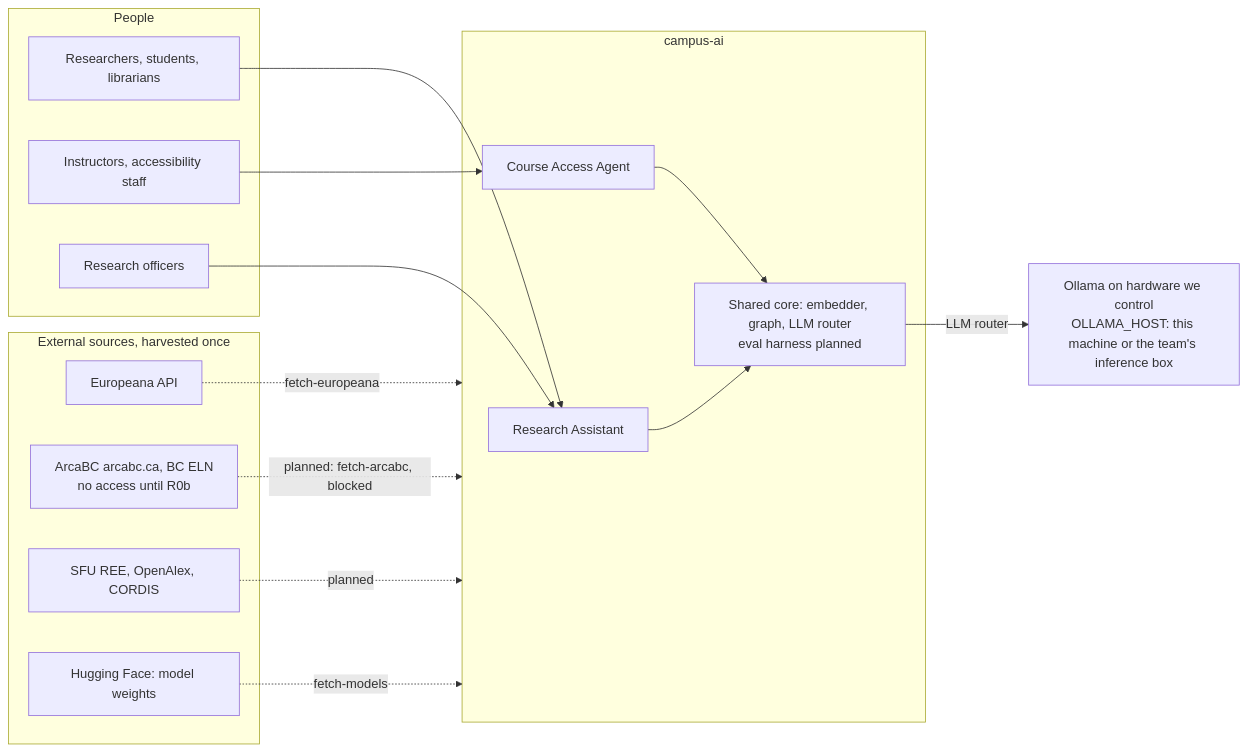
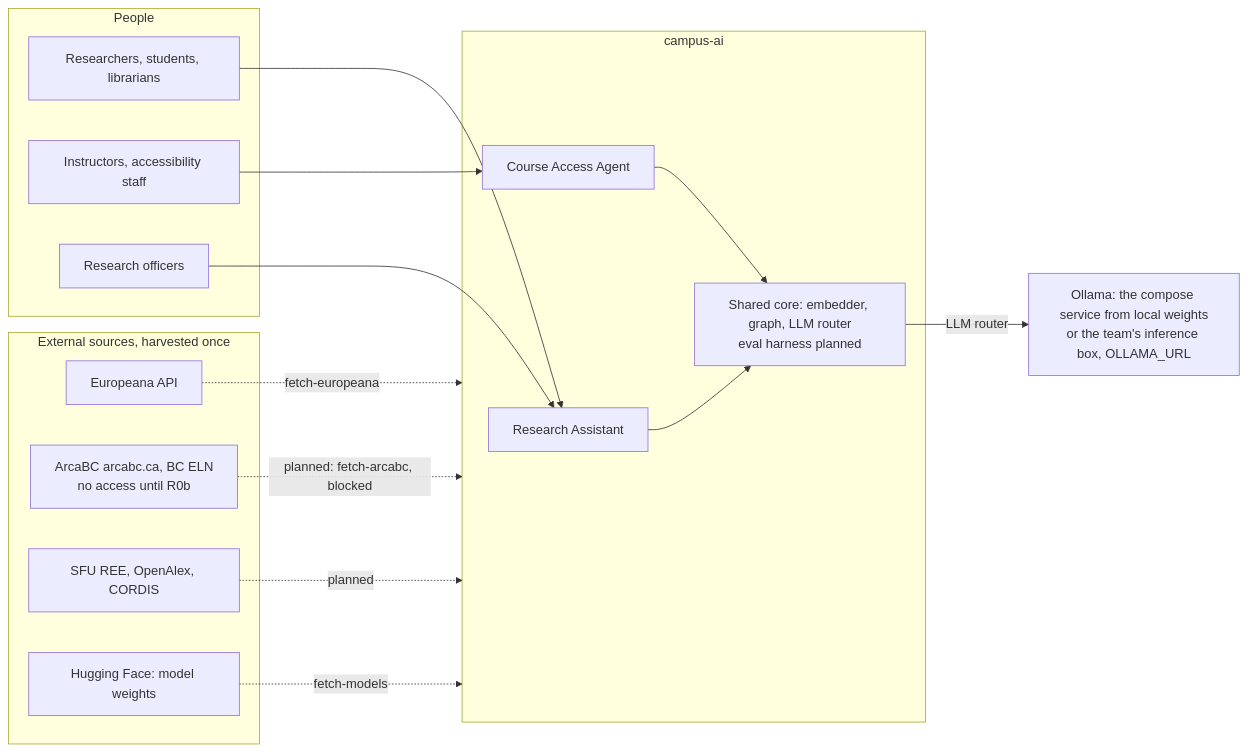
The first of 7 diagrams in docs/architecture.md (teamworxAI/campus-ai), drawn with Mermaid before and after one commit. The commit also changed other lines of this file and 12 other files, not shown here.

First line of the commit message:
Add an offline Ollama service to compose for the LLM router (P9)

````diff
--- a/docs/architecture.md
+++ b/docs/architecture.md
@@ -25,30 +25,30 @@
 ```mermaid
 flowchart LR
     subgraph users[People]
         R[Researchers, students, librarians]
         I[Instructors, accessibility staff]
         O[Research officers]
     end
     subgraph campus[campus-ai]
         RA[Research Assistant]
         CA[Course Access Agent]
         CORE[Shared core: embedder, graph, LLM router<br/>eval harness planned]
     end
-    OLL[Ollama on hardware we control<br/>OLLAMA_HOST: this machine or the team's inference box]
+    OLL[Ollama: the compose service from local weights<br/>or the team's inference box, OLLAMA_URL]
     subgraph sources[External sources, harvested once]
         EU[Europeana API]
         ARCA[ArcaBC arcabc.ca, BC ELN<br/>no access until R0b]
         REE[SFU REE, OpenAlex, CORDIS]
         HF[Hugging Face: model weights]
     end
     R --> RA
     O --> RA
     I --> CA
     RA --> CORE
     CA --> CORE
     CORE -- LLM router --> OLL
     EU -. fetch-europeana .-> campus
     HF -. fetch-models .-> campus
     ARCA -. planned: fetch-arcabc, blocked .-> campus
     REE -. planned .-> campus
 ```
````
